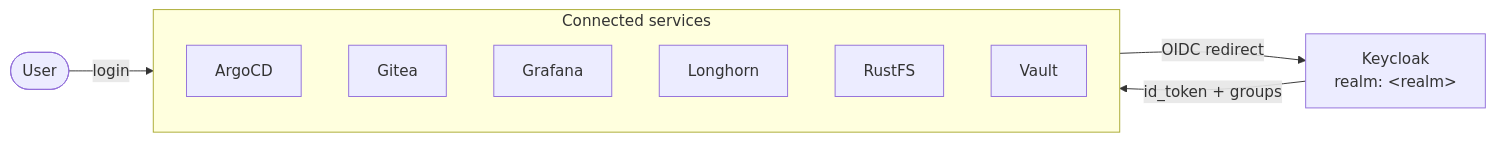
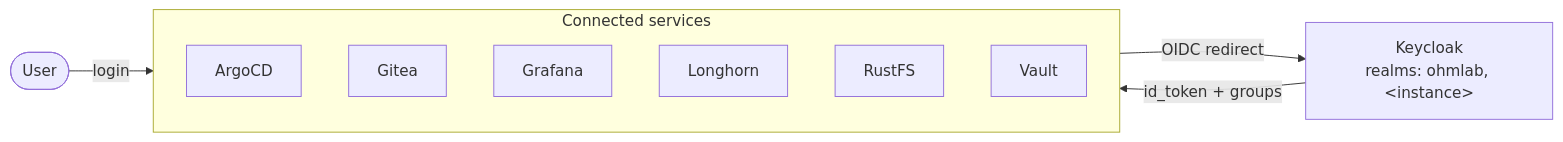
Before and after one commit to this-is-tobi/ohmlab: the second of 4 diagrams in docs/05-services.md, drawn with Mermaid. The commit also changed other lines of this file and 8 other files, not shown here.

First line of the commit message:
feat(keycloak)!: import the ohmlab system realm next to the instance's

````diff
--- a/docs/05-services.md
+++ b/docs/05-services.md
@@ -202,16 +202,16 @@
 ```mermaid
 flowchart LR
     user([User])
-    kc[Keycloak<br/>realm: &lt;realm&gt;]
+    kc[Keycloak<br/>realms: ohmlab, &lt;instance&gt;]
     subgraph apps[Connected services]
         argo[ArgoCD]
         gitea[Gitea]
         graf[Grafana]
         lh[Longhorn]
         rustfs[RustFS]
         vault[Vault]
     end
     user -->|login| apps
     apps -->|OIDC redirect| kc
     kc -->|id_token + groups| apps
 ```
````
